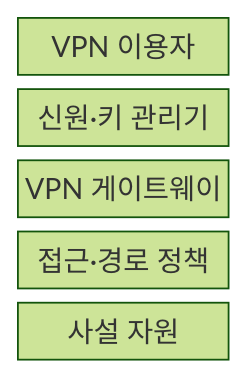
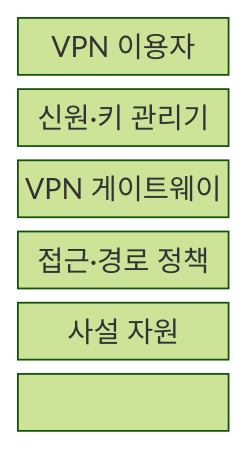
One commit to agnusdei1207/knowledge-base changed the first of 2 diagrams in src/content/docs/notes/04-network/089_vpn.md. Above: the diagram before and after it, drawn with Mermaid (forest theme). The commit also changed other lines of this file and 122 other files, not shown here.

````diff
--- a/src/content/docs/notes/04-network/089_vpn.md
+++ b/src/content/docs/notes/04-network/089_vpn.md
@@ -55,9 +55,11 @@
 ```mermaid
 block-beta
     columns 1
     USER["VPN 이용자"]
     IDENTITY["신원·키 관리기"]
     GATEWAY["VPN 게이트웨이"]
     POLICY["접근·경로 정책"]
     RESOURCE["사설 자원"]
+    USER --- IDENTITY --- GATEWAY
+    GATEWAY --- POLICY --- RESOURCE
 ```
````
